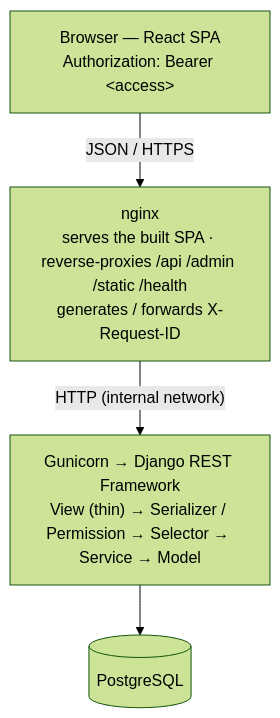
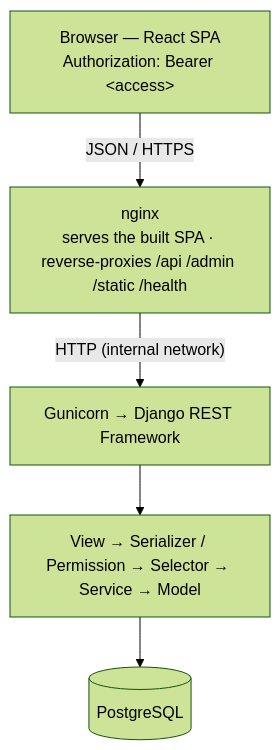
One commit to Ing-Makram/Nexus changed the diagram in README.md. Above: the diagram before and after it, drawn with Mermaid (forest theme). The commit also changed other lines of this file and 4 other files, not shown here.

````diff
--- a/README.md
+++ b/README.md
@@ -44,10 +81,11 @@
 ```mermaid
 flowchart TD
     B["Browser — React SPA<br/>Authorization: Bearer &lt;access&gt;"]
-    N["nginx<br/>serves the built SPA · reverse-proxies /api /admin /static /health<br/>generates / forwards X-Request-ID"]
-    G["Gunicorn → Django REST Framework<br/>View (thin) → Serializer / Permission → Selector → Service → Model"]
+    N["nginx<br/>serves the built SPA · reverse-proxies /api /admin /static /health"]
+    G["Gunicorn → Django REST Framework"]
+    L["View → Serializer / Permission → Selector → Service → Model"]
     P[("PostgreSQL")]
     B -- "JSON / HTTPS" --> N
     N -- "HTTP (internal network)" --> G
-    G --> P
+    G --> L --> P
 ```
````
